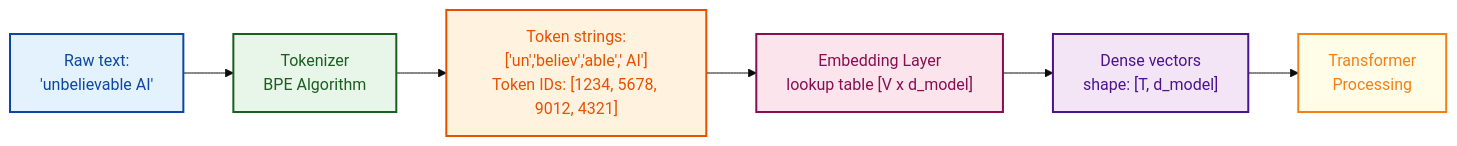
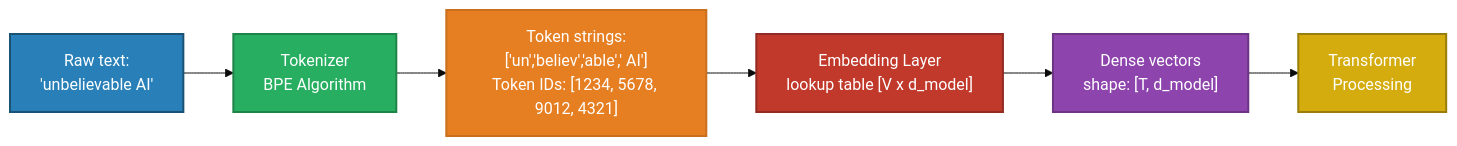
The third of 7 diagrams in docs/01-prompt-engineering/README.md (GyanendraChaubey/AI-Engineering-Notes), drawn with Mermaid (base theme) before and after one commit. The commit also changed other lines of this file and 15 other files, not shown here.

Commit message:
style: replace all Mermaid diagram colors with saturated palette + white text for dark mode compatibility (321 changes across 16 files)

````diff
--- a/docs/01-prompt-engineering/README.md
+++ b/docs/01-prompt-engineering/README.md
@@ -199,12 +199,12 @@
 ```mermaid
 flowchart LR
     A["Raw text:\n'unbelievable AI'"] --> B["Tokenizer\nBPE Algorithm"] --> C["Token strings:\n['un','believ','able',' AI']\nToken IDs: [1234, 5678, 9012, 4321]"]
     C --> D["Embedding Layer\nlookup table [V x d_model]"] --> E["Dense vectors\nshape: [T, d_model]"]
     E --> F["Transformer\nProcessing"]
-    style A fill:#e3f2fd,stroke:#0d47a1,stroke-width:2px,color:#0d47a1
-    style B fill:#e8f5e9,stroke:#1b5e20,stroke-width:2px,color:#1b5e20
-    style C fill:#fff3e0,stroke:#e65100,stroke-width:2px,color:#e65100
-    style D fill:#fce4ec,stroke:#880e4f,stroke-width:2px,color:#880e4f
-    style E fill:#f3e5f5,stroke:#4a148c,stroke-width:2px,color:#4a148c
-    style F fill:#fffde7,stroke:#f57f17,stroke-width:2px,color:#f57f17
+    style A fill:#2980B9,stroke:#1A5276,stroke-width:2px,color:#FFFFFF
+    style B fill:#27AE60,stroke:#1E8449,stroke-width:2px,color:#FFFFFF
+    style C fill:#E67E22,stroke:#CA6F1E,stroke-width:2px,color:#FFFFFF
+    style D fill:#C0392B,stroke:#922B21,stroke-width:2px,color:#FFFFFF
+    style E fill:#8E44AD,stroke:#6C3483,stroke-width:2px,color:#FFFFFF
+    style F fill:#D4AC0D,stroke:#9A7D0A,stroke-width:2px,color:#FFFFFF
 ```
````
